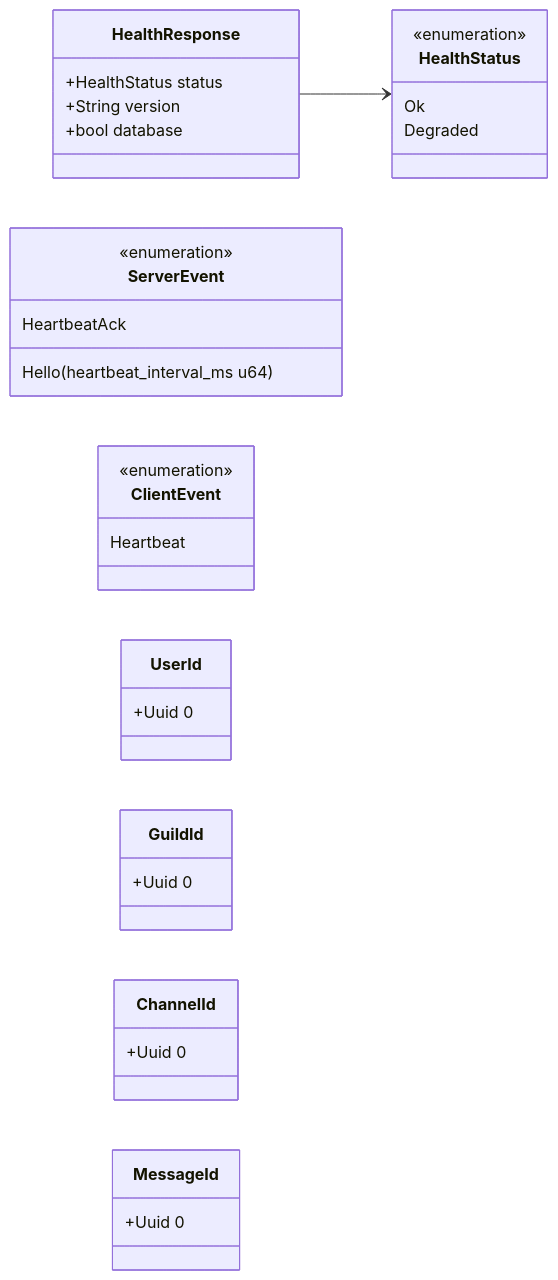
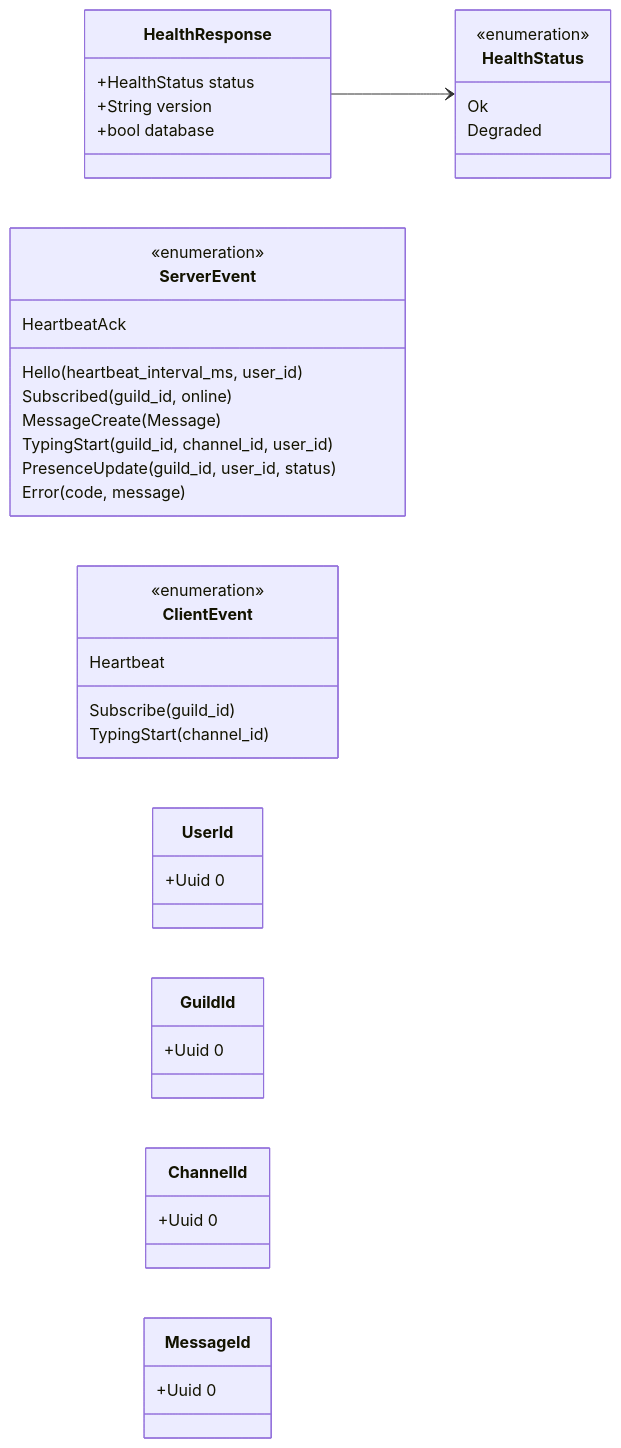
One commit to ncfcj/call changed the first of 2 diagrams in docs/architecture/02-tipos.md. Above: the diagram before and after it, drawn with Mermaid. The commit also changed other lines of this file and 59 other files, not shown here.

````diff
--- a/docs/architecture/02-tipos.md
+++ b/docs/architecture/02-tipos.md
@@ -5,39 +5,46 @@
 ```mermaid
 classDiagram
     direction LR
 
     class HealthResponse {
         +HealthStatus status
         +String version
         +bool database
     }
     class HealthStatus {
         <<enumeration>>
         Ok
         Degraded
     }
     HealthResponse --> HealthStatus
 
     class ServerEvent {
         <<enumeration>>
-        Hello(heartbeat_interval_ms u64)
+        Hello(heartbeat_interval_ms, user_id)
         HeartbeatAck
+        Subscribed(guild_id, online)
+        MessageCreate(Message)
+        TypingStart(guild_id, channel_id, user_id)
+        PresenceUpdate(guild_id, user_id, status)
+        Error(code, message)
     }
     class ClientEvent {
         <<enumeration>>
         Heartbeat
+        Subscribe(guild_id)
+        TypingStart(channel_id)
     }
 
     class UserId {
         +Uuid 0
     }
     class GuildId {
         +Uuid 0
     }
     class ChannelId {
         +Uuid 0
     }
     class MessageId {
         +Uuid 0
     }
 ```
````
